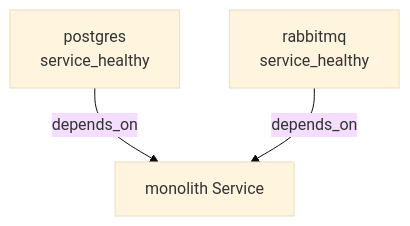
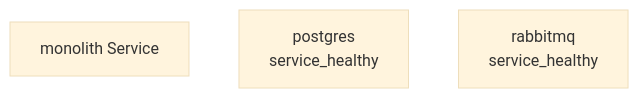
Before and after one commit to philipz/spring-modular-monolith: the second of 5 diagrams in docs/deepwiki/Docker-Compose-Deployment.md, drawn with Mermaid (base theme). The commit also changed other lines of this file and 32 other files, not shown here.

````diff
--- a/docs/deepwiki/Docker-Compose-Deployment.md
+++ b/docs/deepwiki/Docker-Compose-Deployment.md
@@ -160,10 +153,7 @@
 ```mermaid
 flowchart TD
 
 monolith["monolith Service"]
 postgres_dep["postgres<br>service_healthy"]
 rabbitmq_dep["rabbitmq<br>service_healthy"]
-
-postgres_dep -->|"depends_on"| monolith
-rabbitmq_dep -->|"depends_on"| monolith
 ```
````
